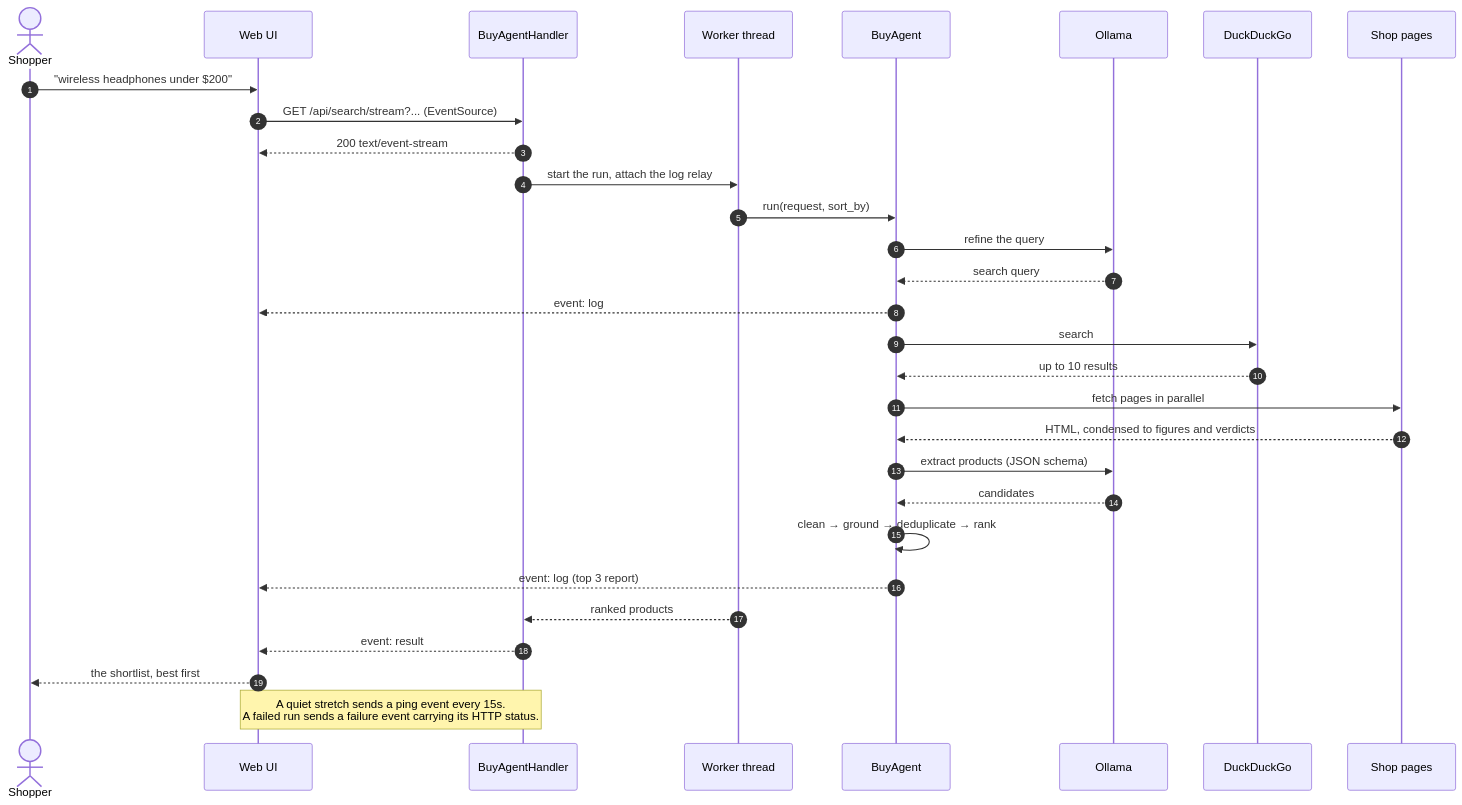
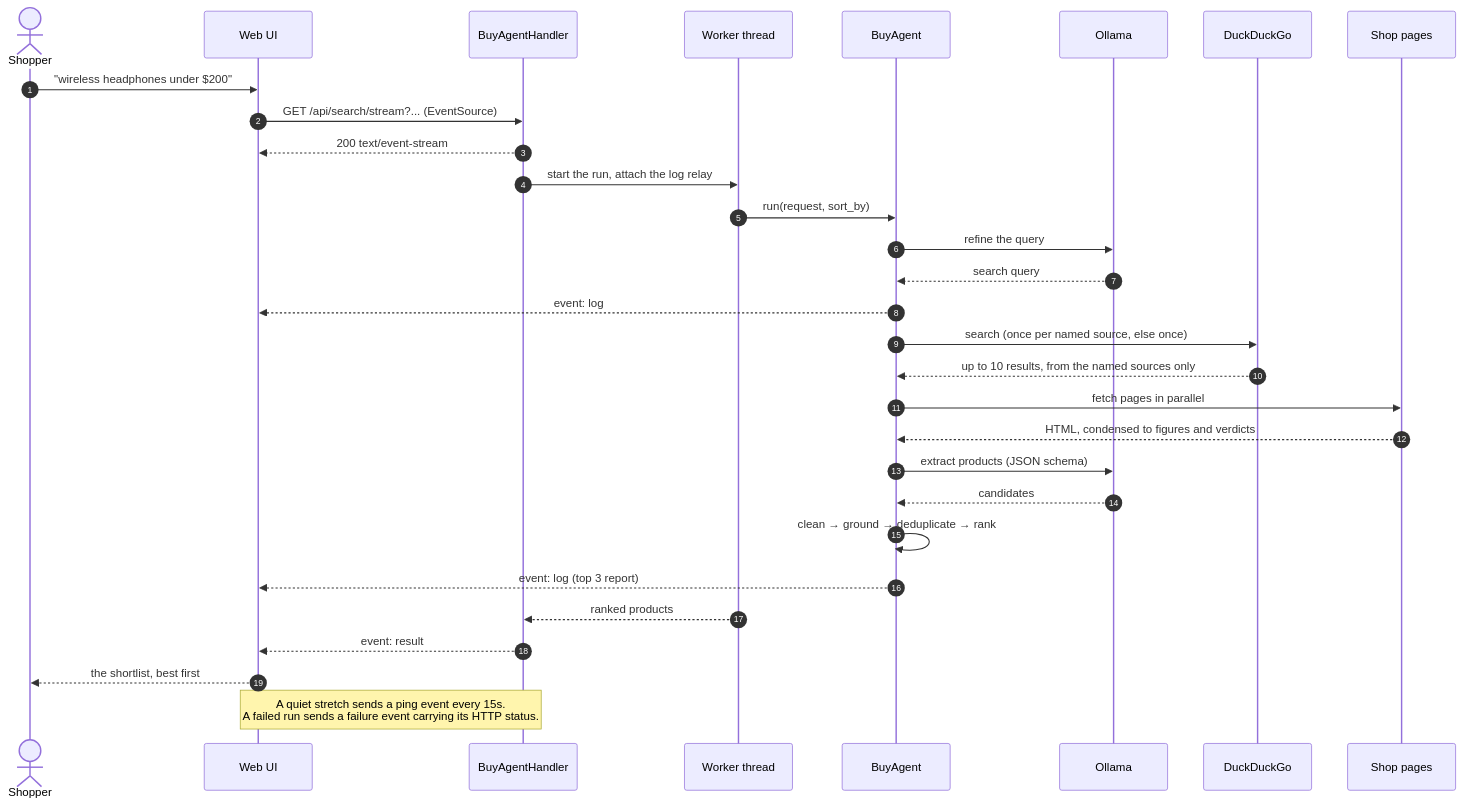
The fifth of 5 diagrams in docs/architecture.md (adamw7/buy_agent), drawn with Mermaid before and after one commit. The commit also changed other lines of this file and 20 other files, not shown here.

````diff
--- a/docs/architecture.md
+++ b/docs/architecture.md
@@ -253,33 +265,33 @@
 ```mermaid
 sequenceDiagram
     autonumber
     actor S as Shopper
     participant UI as Web UI
     participant H as BuyAgentHandler
     participant W as Worker thread
     participant A as BuyAgent
     participant O as Ollama
     participant D as DuckDuckGo
     participant P as Shop pages
 
     S->>UI: "wireless headphones under $200"
     UI->>H: GET /api/search/stream?... (EventSource)
     H-->>UI: 200 text/event-stream
     H->>W: start the run, attach the log relay
     W->>A: run(request, sort_by)
     A->>O: refine the query
     O-->>A: search query
     A-->>UI: event: log
-    A->>D: search
-    D-->>A: up to 10 results
+    A->>D: search (once per named source, else once)
+    D-->>A: up to 10 results, from the named sources only
     A->>P: fetch pages in parallel
     P-->>A: HTML, condensed to figures and verdicts
     A->>O: extract products (JSON schema)
     O-->>A: candidates
     A->>A: clean → ground → deduplicate → rank
     A-->>UI: event: log (top 3 report)
     W-->>H: ranked products
     H-->>UI: event: result
     UI-->>S: the shortlist, best first
     Note over H,UI: A quiet stretch sends a ping event every 15s.<br/>A failed run sends a failure event carrying its HTTP status.
 ```
````
